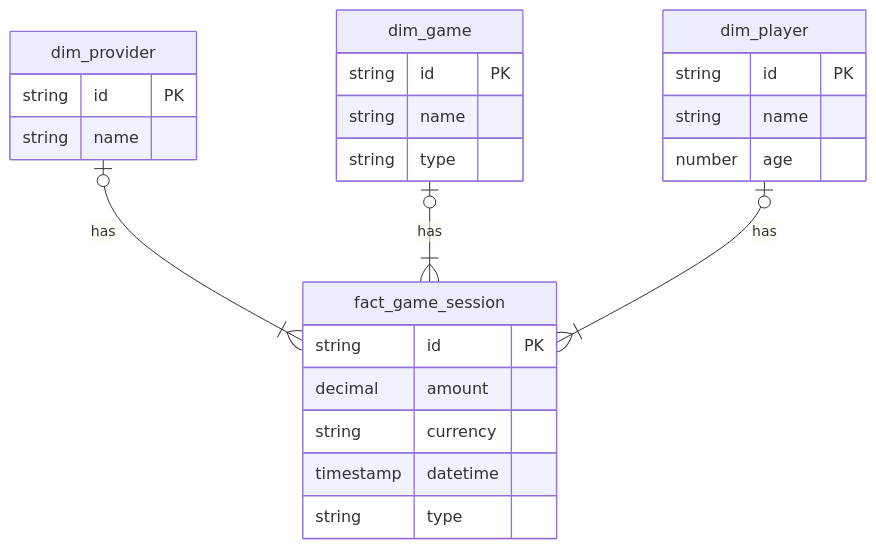
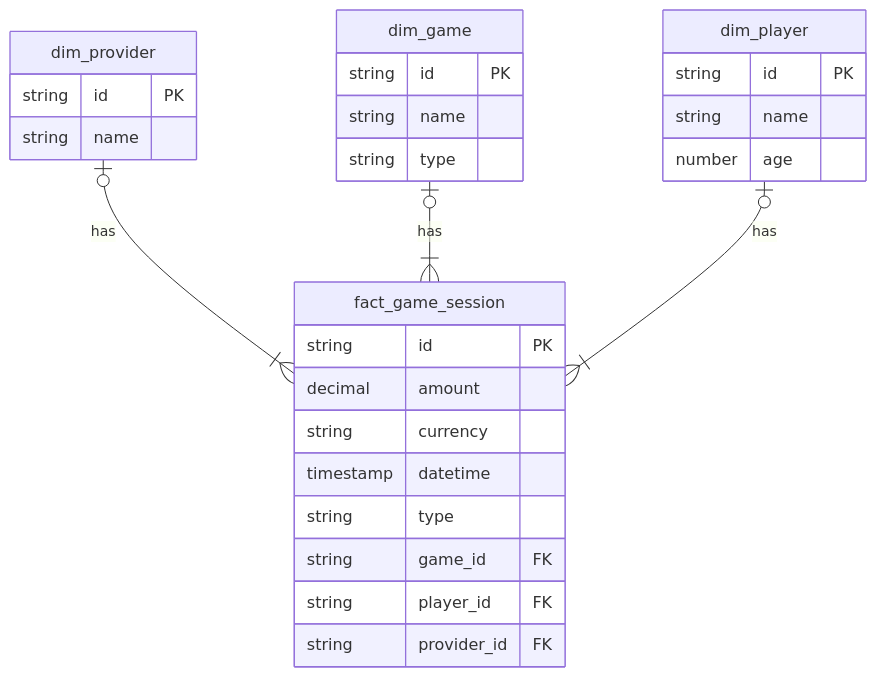
Before and after one commit to DaikoneKisu/mineros: the diagram in docs/olap_diagram.mmd, drawn with Mermaid. The commit also changed 1 other file, not shown here.

Commit message:
Add oltp diagram and fix olap fact

```diff
--- a/docs/olap_diagram.mmd
+++ b/docs/olap_diagram.mmd
@@ -1,29 +1,32 @@
 erDiagram
     fact_game_session {
         string id PK
         decimal amount
         string currency
         timestamp datetime
         string type
+        string game_id FK
+        string player_id FK
+        string provider_id FK
     }
 
     dim_provider {
         string id PK
         string name
     }
 
     dim_game {
         string id PK
         string name
         string type
     }
 
     dim_player {
         string id PK
         string name
         number age
     }
 
     dim_provider o|--|{ fact_game_session : has
     dim_game o|--|{ fact_game_session : has
     dim_player o|--|{ fact_game_session : has
```
